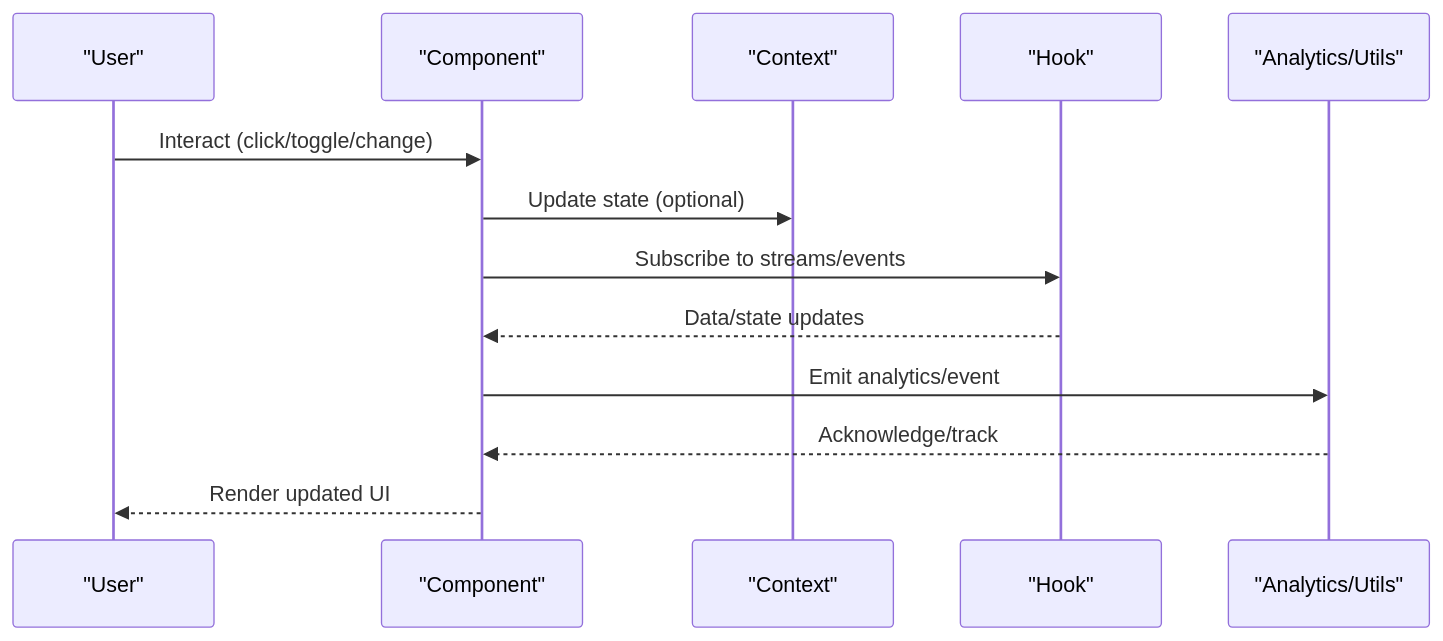
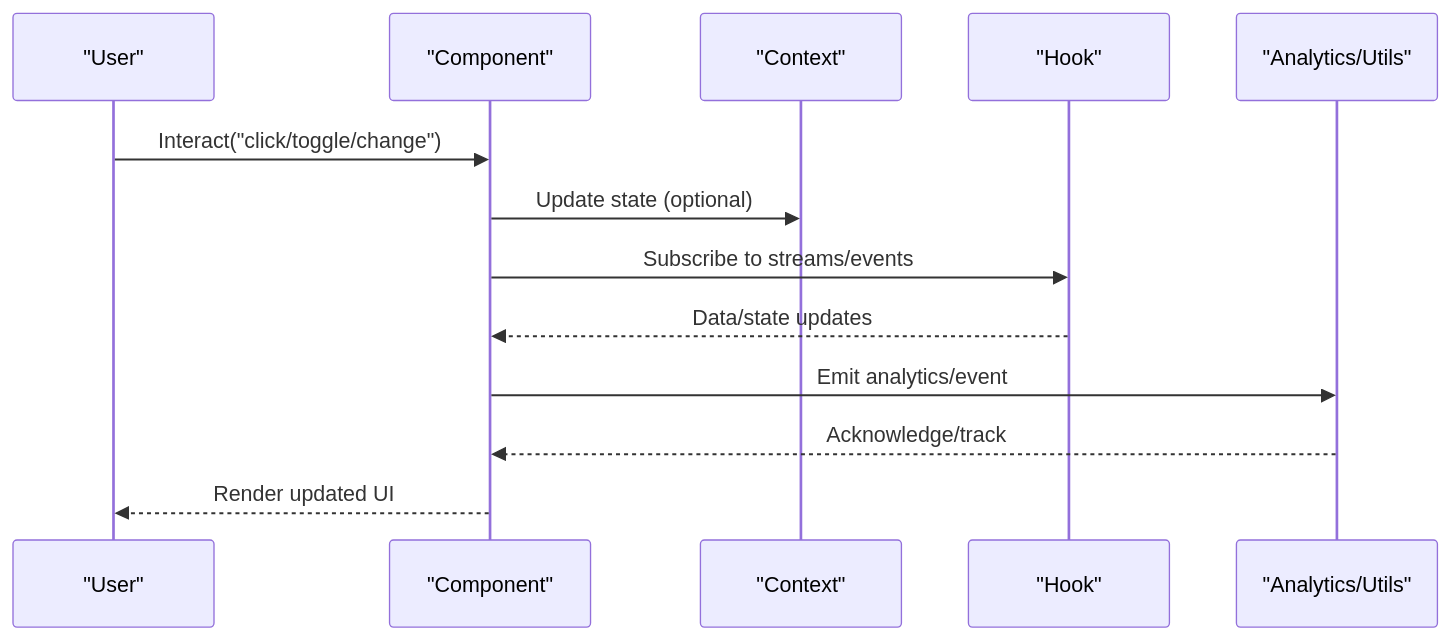
Before and after one commit to rohitkumarnaidu/ScholarFormAI: the second of 15 diagrams in docs/docs/knowledge/Frontend Development/Component Architecture/Utility Components.md, drawn with Mermaid. The commit also changed 73 other files, not shown here.

First line of the commit message:
docs: enterprise-level markdown upgrade with Mermaid diagrams

````diff
--- a/docs/docs/knowledge/Frontend Development/Component Architecture/Utility Components.md
+++ b/docs/docs/knowledge/Frontend Development/Component Architecture/Utility Components.md
@@ -232,15 +232,15 @@
 ```mermaid
 sequenceDiagram
 participant User as "User"
 participant Comp as "Component"
 participant Ctx as "Context"
 participant Hook as "Hook"
 participant Util as "Analytics/Utils"
-User->>Comp : Interact (click/toggle/change)
+User->>Comp : Interact("click/toggle/change")
 Comp->>Ctx : Update state (optional)
 Comp->>Hook : Subscribe to streams/events
 Hook-->>Comp : Data/state updates
 Comp->>Util : Emit analytics/event
 Util-->>Comp : Acknowledge/track
 Comp-->>User : Render updated UI
 ```
````
